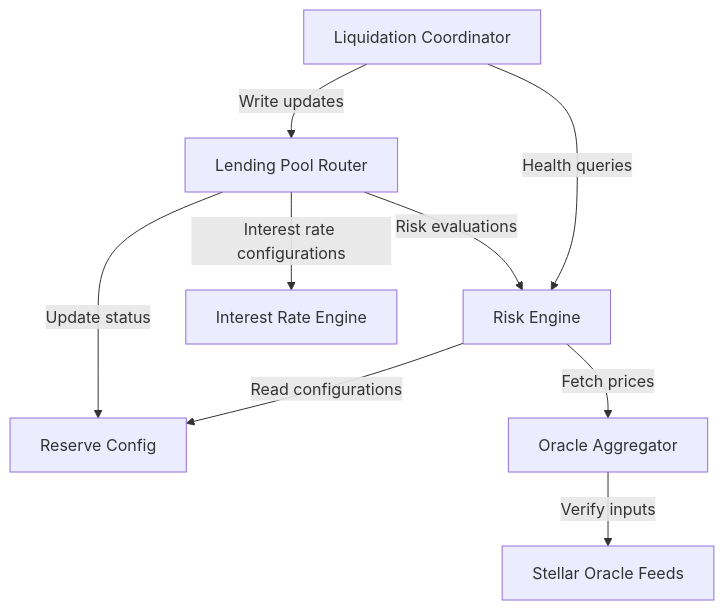
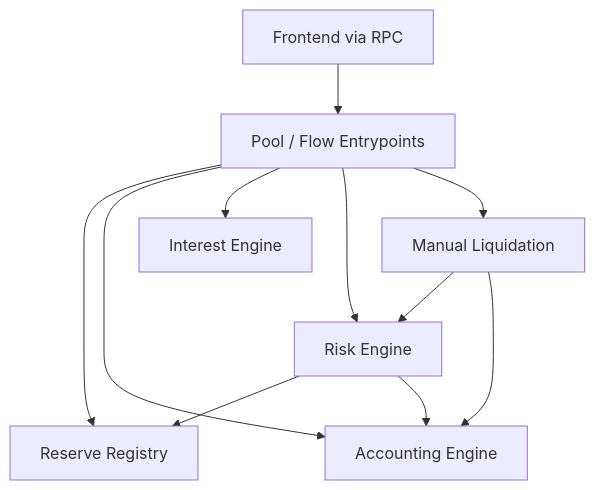
Before and after one commit to TheAnh1404/UdonFi: the third of 4 diagrams in docs/03-c4-model.md, drawn with Mermaid. The commit also changed other lines of this file and 191 other files, not shown here.

````diff
--- a/docs/03-c4-model.md
+++ b/docs/03-c4-model.md
@@ -58,14 +32,13 @@
 ```mermaid
 graph TD
-    Pool[Lending Pool Router] -->|Risk evaluations| Risk[Risk Engine]
-    Pool -->|Interest rate configurations| Interest[Interest Rate Engine]
-    Pool -->|Update status| Reserve[Reserve Config]
-    
-    Liq[Liquidation Coordinator] -->|Health queries| Risk
-    Liq -->|Write updates| Pool
-    
-    Risk -->|Fetch prices| Oracle[Oracle Aggregator]
-    Risk -->|Read configurations| Reserve
-    
-    Oracle -->|Verify inputs| Feed[Stellar Oracle Feeds]
+    Frontend[Frontend via RPC] --> Pool[Pool / Flow Entrypoints]
+    Pool --> Reserve[Reserve Registry]
+    Pool --> Accounting[Accounting Engine]
+    Pool --> Interest[Interest Engine]
+    Pool --> Risk[Risk Engine]
+    Risk --> Reserve
+    Risk --> Accounting
+    Pool --> Liquidation[Manual Liquidation]
+    Liquidation --> Risk
+    Liquidation --> Accounting
 ```
````
